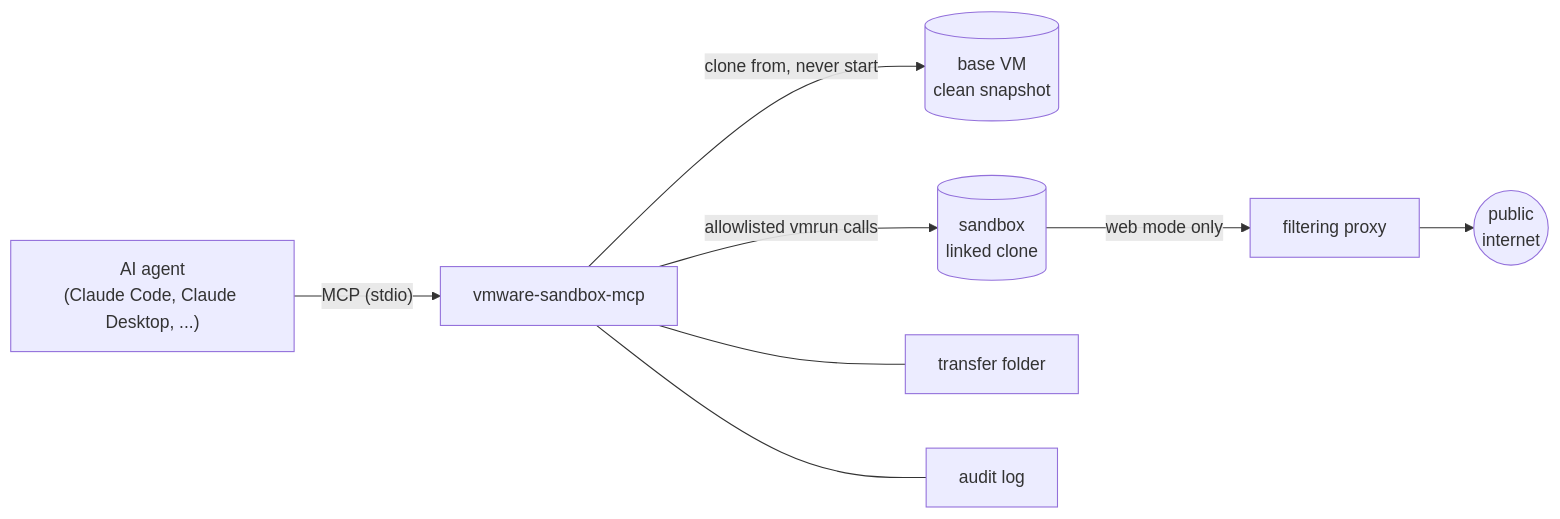
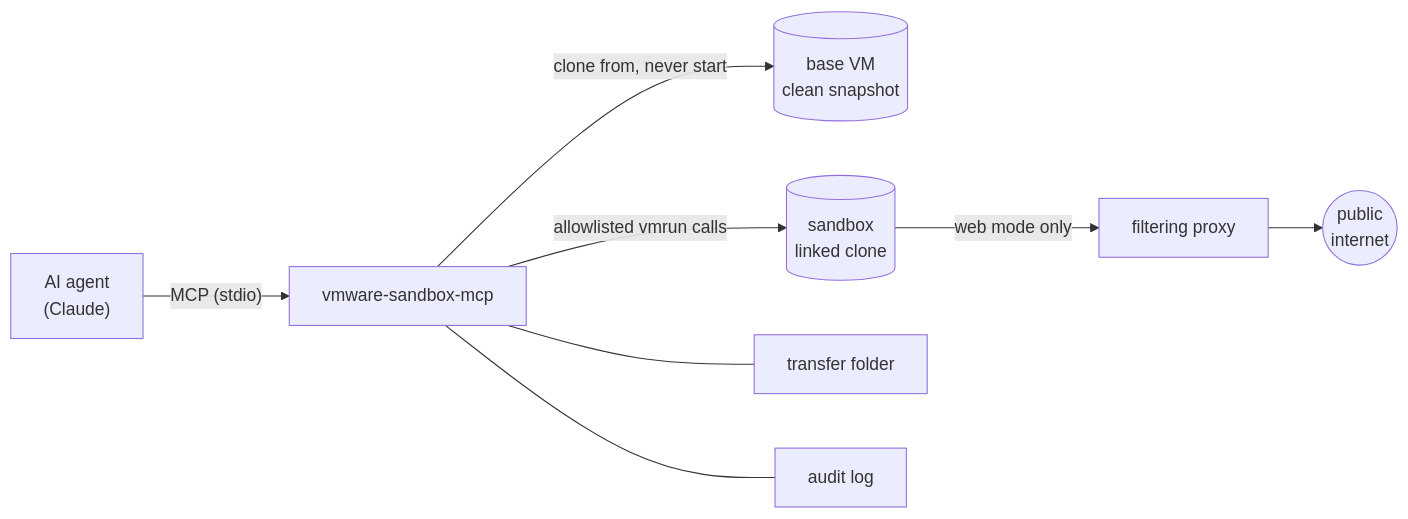
The diagram in README.md (rumenjordanov/vmware-sandbox-mcp), drawn with Mermaid before and after one commit.

Commit message:
Shorten a diagram label that was cut off

````diff
--- a/README.md
+++ b/README.md
@@ -53,10 +53,10 @@
 ```mermaid
 flowchart LR
-    A["AI agent<br>(Claude Code, Claude Desktop, ...)"] -- "MCP (stdio)" --> S["vmware-sandbox-mcp"]
+    A["AI agent<br>(Claude)"] -- "MCP (stdio)" --> S["vmware-sandbox-mcp"]
     S -- "clone from, never start" --> B[("base VM<br>clean snapshot")]
     S -- "allowlisted vmrun calls" --> C[("sandbox<br>linked clone")]
     C -- "web mode only" --> P["filtering proxy"]
     P --> I(("public<br>internet"))
     S --- T["transfer folder"]
     S --- L["audit log"]
 ```
````
